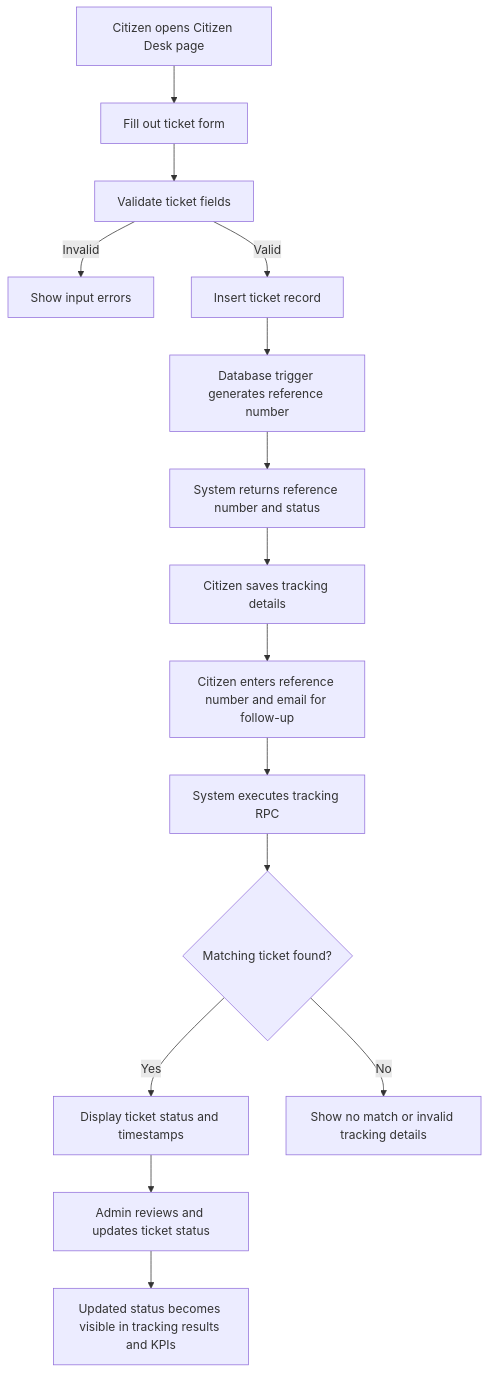
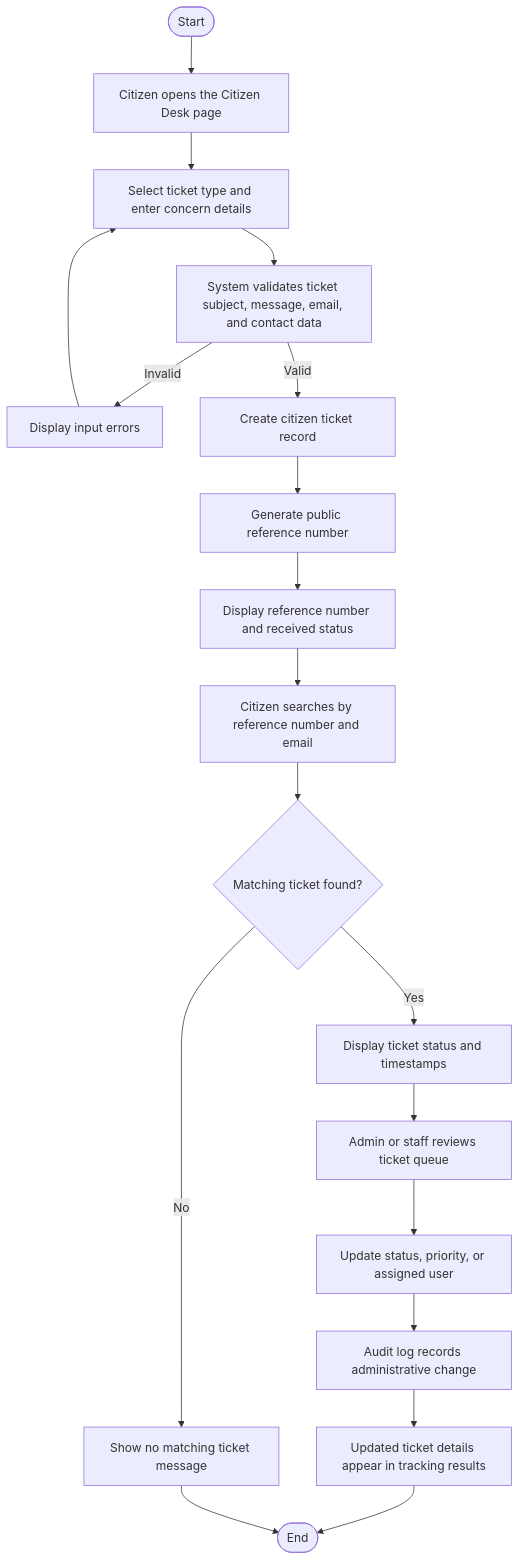
The second of 3 diagrams in Methodology/3.2.1-Activity-Diagram.md (txiaoqt/lydo-connect-org-focused), drawn with Mermaid before and after one commit. The commit also changed other lines of this file and 15 other files, not shown here.

````diff
--- a/Methodology/3.2.1-Activity-Diagram.md
+++ b/Methodology/3.2.1-Activity-Diagram.md
@@ -38,17 +35,21 @@
 ```mermaid
 flowchart TD
-    A[Citizen opens Citizen Desk page] --> B[Fill out ticket form]
-    B --> C[Validate ticket fields]
-    C -- Invalid --> D[Show input errors]
-    C -- Valid --> E[Insert ticket record]
-    E --> F[Database trigger generates reference number]
-    F --> G[System returns reference number and status]
-    G --> H[Citizen saves tracking details]
-    H --> I[Citizen enters reference number and email for follow-up]
-    I --> J[System executes tracking RPC]
-    J --> K{Matching ticket found?}
-    K -- Yes --> L[Display ticket status and timestamps]
-    K -- No --> M[Show no match or invalid tracking details]
-    L --> N[Admin reviews and updates ticket status]
-    N --> O[Updated status becomes visible in tracking results and KPIs]
+    A([Start]) --> B[Citizen opens the Citizen Desk page]
+    B --> C[Select ticket type and enter concern details]
+    C --> D[System validates ticket subject, message, email, and contact data]
+    D -- Invalid --> E[Display input errors]
+    E --> C
+    D -- Valid --> F[Create citizen ticket record]
+    F --> G[Generate public reference number]
+    G --> H[Display reference number and received status]
+    H --> I[Citizen searches by reference number and email]
+    I --> J{Matching ticket found?}
+    J -- No --> K[Show no matching ticket message]
+    J -- Yes --> L[Display ticket status and timestamps]
+    L --> M[Admin or staff reviews ticket queue]
+    M --> N[Update status, priority, or assigned user]
+    N --> O[Audit log records administrative change]
+    O --> P[Updated ticket details appear in tracking results]
+    P --> Q([End])
+    K --> Q
 ```
````
